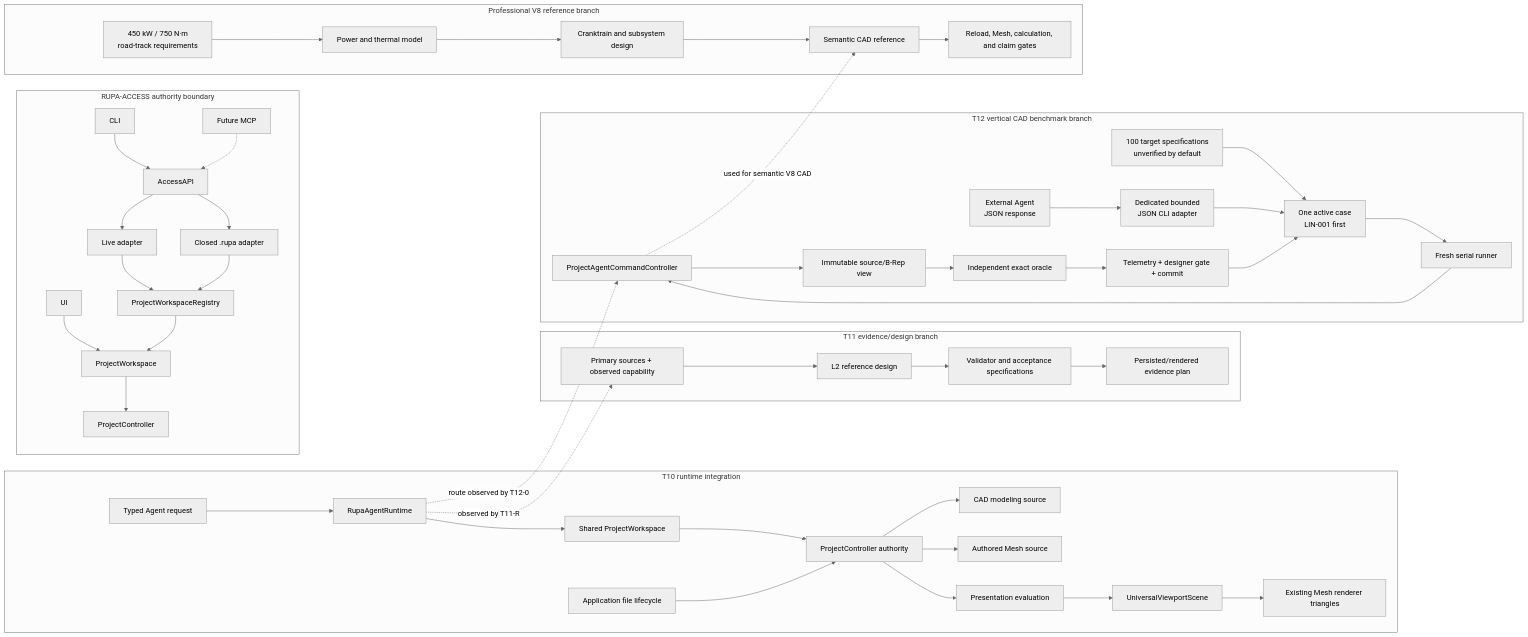
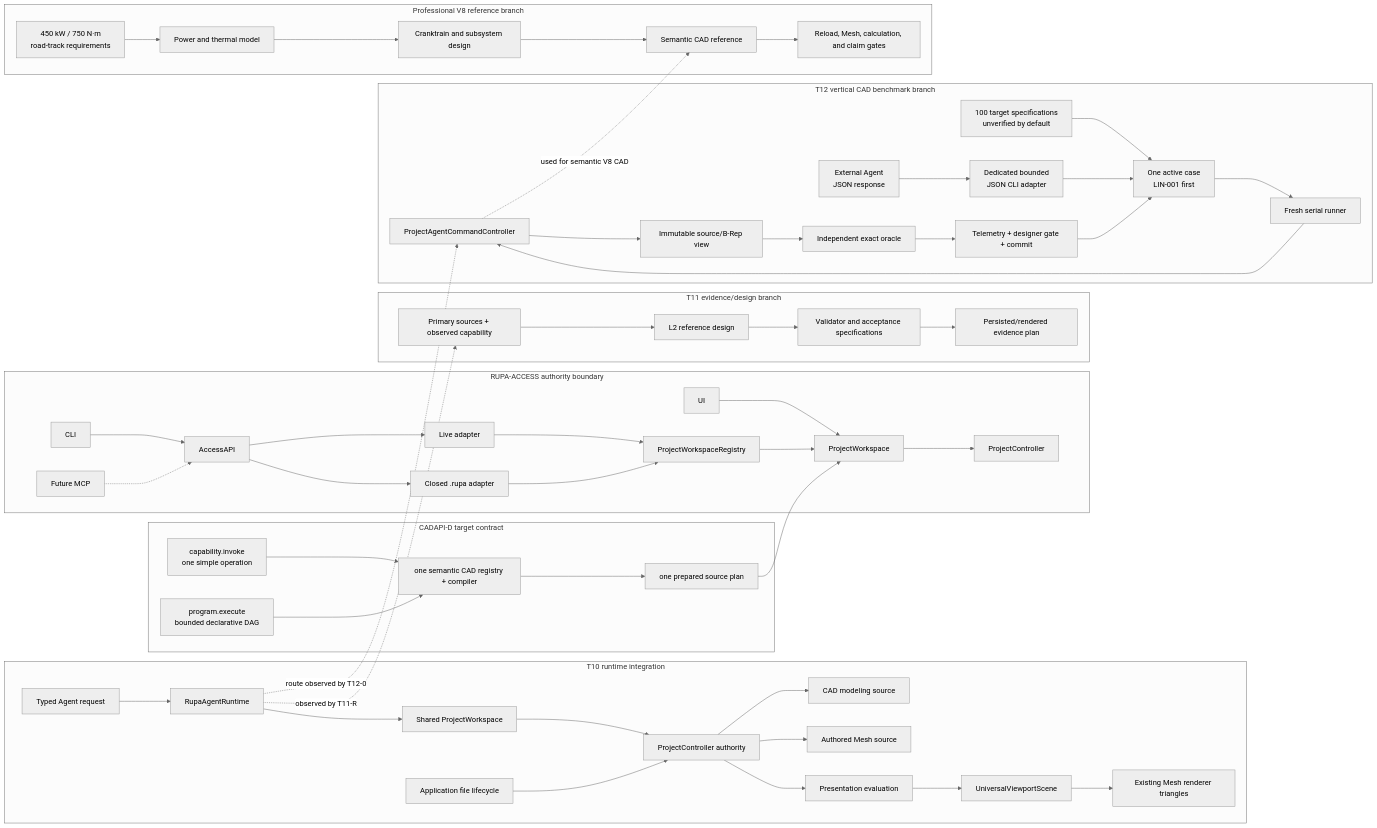
The first of 3 diagrams in DESIGN.md (1amageek/Rupa), drawn with Mermaid (neutral theme) before and after one commit. The commit also changed other lines of this file and 17 other files, not shown here.

````diff
--- a/DESIGN.md
+++ b/DESIGN.md
@@ -68,50 +81,56 @@
 ```mermaid
 flowchart LR
     subgraph Access["RUPA-ACCESS authority boundary"]
         UIAccess["UI"] --> WorkspaceAuthority["ProjectWorkspace"]
         CLIAccess["CLI"] --> AccessAPI
         MCPAccess["Future MCP"] -.-> AccessAPI
         AccessAPI --> LiveAdapter["Live adapter"]
         AccessAPI --> ClosedAdapter["Closed .rupa adapter"]
         LiveAdapter --> WorkspaceRegistry["ProjectWorkspaceRegistry"]
         ClosedAdapter --> WorkspaceRegistry
         WorkspaceRegistry --> WorkspaceAuthority
         WorkspaceAuthority --> ControllerAuthority["ProjectController"]
     end
     subgraph T10["T10 runtime integration"]
         Agent["Typed Agent request"] --> Runtime["RupaAgentRuntime"]
         Runtime --> Workspace["Shared ProjectWorkspace"]
         Workspace --> Project["ProjectController authority"]
         Project --> CAD["CAD modeling source"]
         Project --> Mesh["Authored Mesh source"]
         Project --> Eval["Presentation evaluation"]
         Eval --> Scene["UniversalViewportScene"]
         Scene --> Render["Existing Mesh renderer triangles"]
         App["Application file lifecycle"] --> Project
+    end
+    subgraph CADAPI["CADAPI-D target contract"]
+        Direct["capability.invoke\none simple operation"] --> Semantic["one semantic CAD registry + compiler"]
+        Program["program.execute\nbounded declarative DAG"] --> Semantic
+        Semantic --> Prepared["one prepared source plan"]
+        Prepared --> WorkspaceAuthority
     end
     subgraph T11["T11 evidence/design branch"]
         Sources["Primary sources + observed capability"] --> Reference["L2 reference design"]
         Reference --> Acceptance["Validator and acceptance specifications"]
         Acceptance --> ArtifactEvidence["Persisted/rendered evidence plan"]
     end
     subgraph T12["T12 vertical CAD benchmark branch"]
         Challenge["100 target specifications\nunverified by default"] --> Active["One active case\nLIN-001 first"]
         External["External Agent\nJSON response"] --> Adapter["Dedicated bounded\nJSON CLI adapter"]
         Adapter --> Active
         Active --> Runner["Fresh serial runner"]
         Runner --> AgentRoute["ProjectAgentCommandController"]
         AgentRoute --> SourceSnapshot["Immutable source/B-Rep view"]
         SourceSnapshot --> Oracle["Independent exact oracle"]
         Oracle --> Gate["Telemetry + designer gate + commit"]
         Gate --> Active
     end
     subgraph V8["Professional V8 reference branch"]
         V8Req["450 kW / 750 N·m\nroad-track requirements"] --> V8Thermal["Power and thermal model"]
         V8Thermal --> V8Mechanical["Cranktrain and subsystem design"]
         V8Mechanical --> V8CAD["Semantic CAD reference"]
         V8CAD --> V8Evidence["Reload, Mesh, calculation, and claim gates"]
     end
     Runtime -. "observed by T11-R" .-> Sources
     Runtime -. "route observed by T12-0" .-> AgentRoute
     AgentRoute -. "used for semantic V8 CAD" .-> V8CAD
 ```
````
